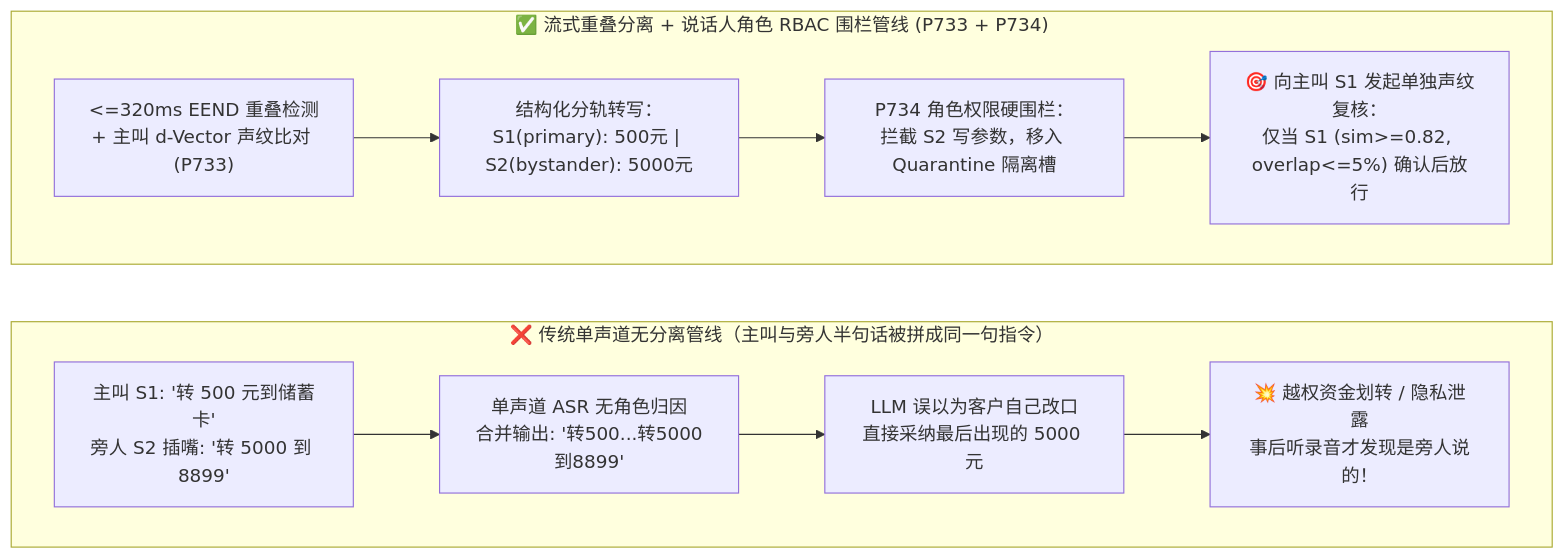
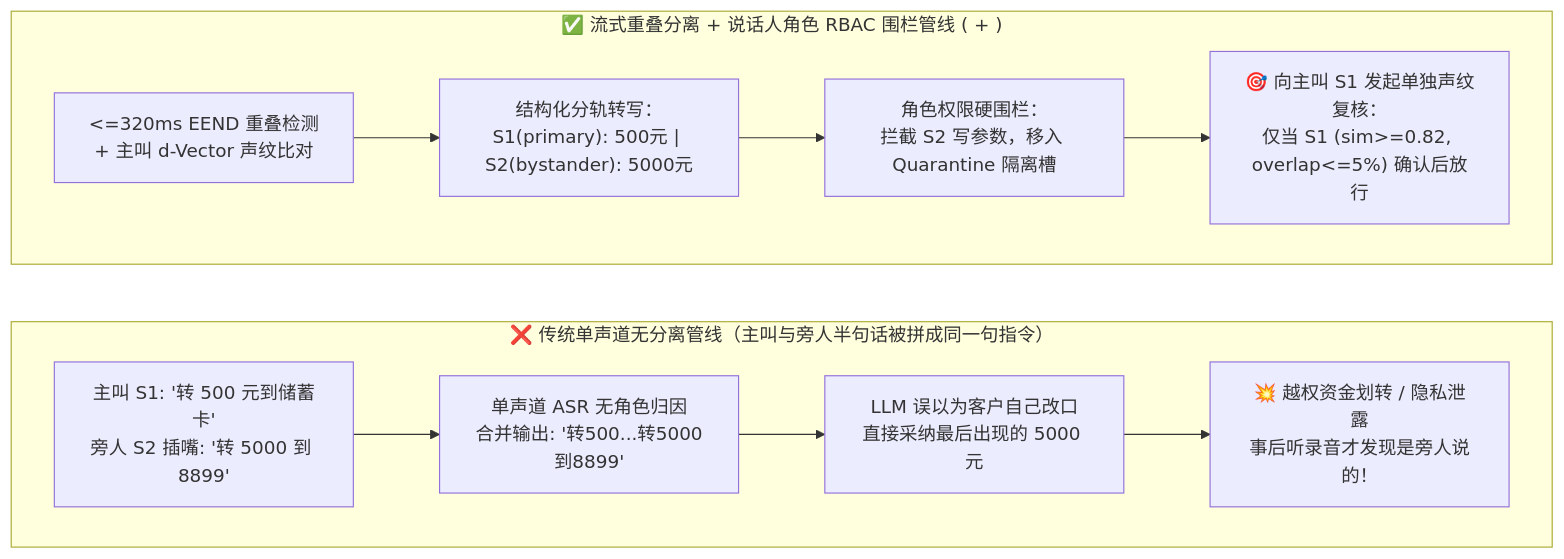
One commit to turbo998/voice-agent-lab changed the second of 3 diagrams in docs/voice-multiparty-diarization-role-isolation-faq.md. Above: the diagram before and after it, drawn with Mermaid. The commit also changed other lines of this file and 715 other files, not shown here.

````diff
--- a/docs/voice-multiparty-diarization-role-isolation-faq.md
+++ b/docs/voice-multiparty-diarization-role-isolation-faq.md
@@ -104,16 +104,16 @@
 ```mermaid
 flowchart LR
-    subgraph Legacy ["❌ 传统单声道无分离管线（主叫与旁人半句话被拼成同一句指令）"]
-        direction LR
-        L1["主叫 S1: '转 500 元到储蓄卡'\n旁人 S2 插嘴: '转 5000 到 8899'"] --> L2["单声道 ASR 无角色归因\n合并输出: '转500...转5000到8899'"]
-        L2 --> L3["LLM 误以为客户自己改口\n直接采纳最后出现的 5000 元"]
-        L3 --> L4["💥 越权资金划转 / 隐私泄露\n事后听录音才发现是旁人说的！"]
-    end
+ subgraph Legacy ["❌ 传统单声道无分离管线（主叫与旁人半句话被拼成同一句指令）"]
+ direction LR
+ L1["主叫 S1: '转 500 元到储蓄卡'\n旁人 S2 插嘴: '转 5000 到 8899'"] --> L2["单声道 ASR 无角色归因\n合并输出: '转500...转5000到8899'"]
+ L2 --> L3["LLM 误以为客户自己改口\n直接采纳最后出现的 5000 元"]
+ L3 --> L4["💥 越权资金划转 / 隐私泄露\n事后听录音才发现是旁人说的！"]
+ end
 
-    subgraph Engineered ["✅ 流式重叠分离 + 说话人角色 RBAC 围栏管线 (P733 + P734)"]
-        direction LR
-        E1["<=320ms EEND 重叠检测\n+ 主叫 d-Vector 声纹比对 (P733)"] --> E2["结构化分轨转写：\nS1(primary): 500元 | S2(bystander): 5000元"]
-        E2 --> E3["P734 角色权限硬围栏：\n拦截 S2 写参数，移入 Quarantine 隔离槽"]
-        E3 --> E4["🎯 向主叫 S1 发起单独声纹复核：\n仅当 S1 (sim>=0.82, overlap<=5%) 确认后放行"]
-    end
+ subgraph Engineered ["✅ 流式重叠分离 + 说话人角色 RBAC 围栏管线 ( + )"]
+ direction LR
+ E1["<=320ms EEND 重叠检测\n+ 主叫 d-Vector 声纹比对 "] --> E2["结构化分轨转写：\nS1(primary): 500元 | S2(bystander): 5000元"]
+ E2 --> E3[" 角色权限硬围栏：\n拦截 S2 写参数，移入 Quarantine 隔离槽"]
+ E3 --> E4["🎯 向主叫 S1 发起单独声纹复核：\n仅当 S1 (sim>=0.82, overlap<=5%) 确认后放行"]
+ end
 ```
````
